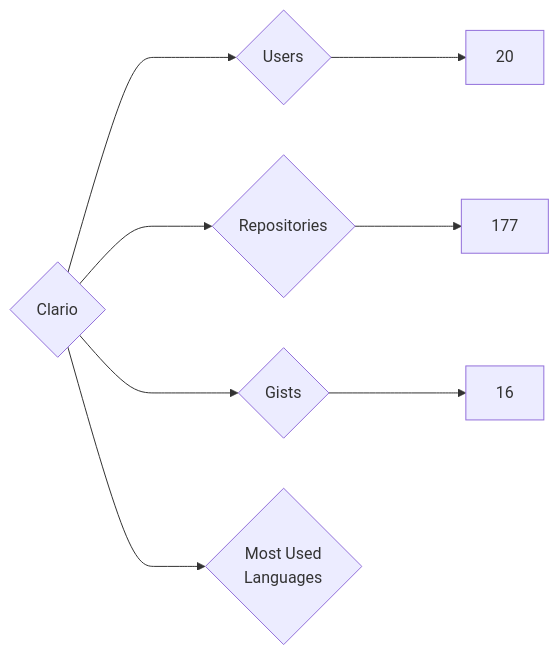
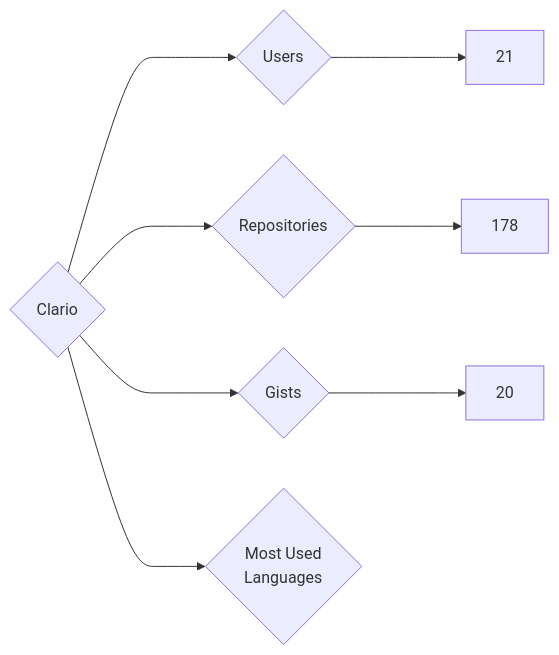
Before and after one commit to nenadzaric/insiders: the diagram in targets/Clario/README.md, drawn with Mermaid. The commit also changed 1342 other files, not shown here.

````diff
--- a/targets/Clario/README.md
+++ b/targets/Clario/README.md
@@ -3,8 +3,8 @@
 ```mermaid
 graph LR
 COMPANY_NAME{Clario}
-COMPANY_NAME ---> U{Users} ---> UN[20]
-COMPANY_NAME ---> R{Repositories} ---> RN[177]
-COMPANY_NAME ---> G{Gists} ---> GN[16]
+COMPANY_NAME ---> U{Users} ---> UN[21]
+COMPANY_NAME ---> R{Repositories} ---> RN[178]
+COMPANY_NAME ---> G{Gists} ---> GN[20]
 COMPANY_NAME ---> ML{Most Used<br>Languages}
 ```
````
